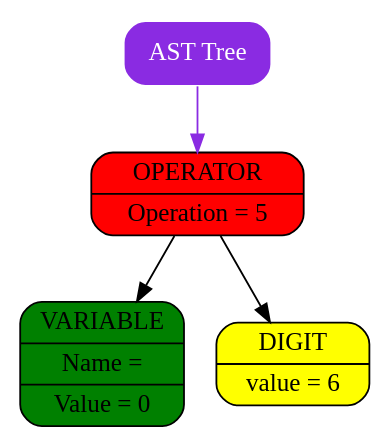
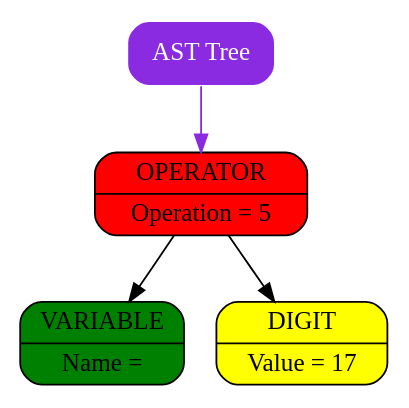
One commit to Pelmeshka127/ParaCL changed the diagram in graphics/graph.dot. Above: the diagram before and after it, drawn with Graphviz. The commit also changed 8 other files, not shown here.

```diff
--- a/graphics/graph.dot
+++ b/graphics/graph.dot
@@ -1,11 +1,11 @@
 digraph Tree
 {
    rankdir = HR;
    tree[shape = Mrecord, style = filled, color = "white", style = filled, fontcolor = "white", fillcolor = "blueviolet", label = "AST Tree"];
-   "0x157606af0"[shape = Mrecord, color = "black", style = filled, fontcolor = "black", fillcolor = "red"   label = " {OPERATOR | Operation = 5}"];
-  "0x157606af0" -> "0x157606ac0" [color = "black"];
-  "0x157606af0" -> "0x157606aa0" [color = "black"];
-   "0x157606ac0"[shape = Mrecord, color = "black", style = filled, fontcolor = "black", fillcolor = "green",   label = " {VARIABLE | Name = | Value = 0}"];
-   "0x157606aa0"[shape = Mrecord, color = "black", style = filled, fontcolor = "black", fillcolor = "yellow",   label = " {DIGIT | value = 6}"];
-   tree -> "0x157606af0" [color = "blueviolet"];
+   "0x12b8040c0"[shape = Mrecord, color = "black", style = filled, fontcolor = "black", fillcolor = "red"   label = " {OPERATOR | Operation = 5}"];
+  "0x12b8040c0" -> "0x12b804080" [color = "black"];
+  "0x12b8040c0" -> "0x12b8040b0" [color = "black"];
+   "0x12b804080"[shape = Mrecord, color = "black", style = filled, fontcolor = "black", fillcolor = "green",   label = " {VARIABLE | Name = }"];
+   "0x12b8040b0"[shape = Mrecord, color = "black", style = filled, fontcolor = "black", fillcolor = "yellow",   label = " {DIGIT | Value = 17}"];
+   tree -> "0x12b8040c0" [color = "blueviolet"];
 }
```
